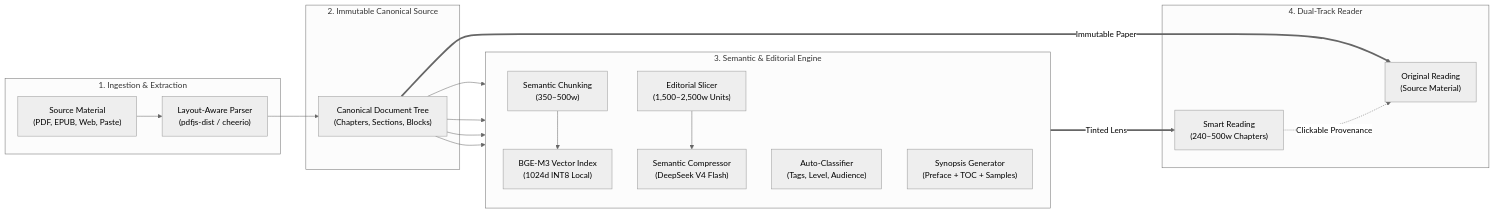
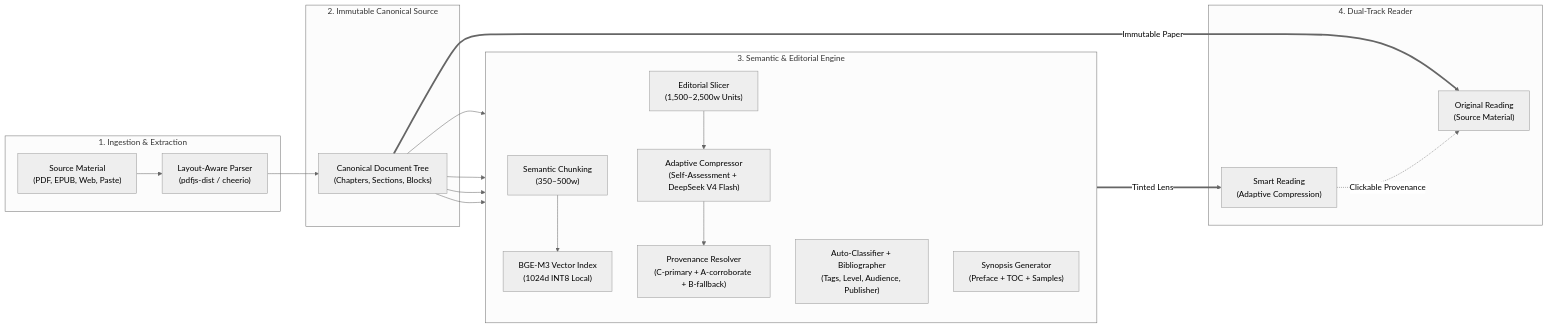
Before and after one commit to avengersvstheflash/Smart-Reader: the diagram in README.md, drawn with Mermaid (neutral theme). The commit also changed other lines of this file and 3 other files, not shown here.

````diff
--- a/README.md
+++ b/README.md
@@ -110,34 +114,35 @@
 ```mermaid
 flowchart LR
     subgraph INGESTION [" 1. Ingestion & Extraction "]
         RawDoc["Source Material\n(PDF, EPUB, Web, Paste)"]
         Parser["Layout-Aware Parser\n(pdfjs-dist / cheerio)"]
         RawDoc --> Parser
     end
 
     subgraph CANONICAL [" 2. Immutable Canonical Source "]
         Canon["Canonical Document Tree\n(Chapters, Sections, Blocks)"]
         Parser --> Canon
     end
 
     subgraph PIPELINE [" 3. Semantic & Editorial Engine "]
         direction TB
         Chunker["Semantic Chunking\n(350–500w)"]
         Embedder["BGE-M3 Vector Index\n(1024d INT8 Local)"]
-        Classifier["Auto-Classifier\n(Tags, Level, Audience)"]
+        Classifier["Auto-Classifier + Bibliographer\n(Tags, Level, Audience, Publisher)"]
         Synopsis["Synopsis Generator\n(Preface + TOC + Samples)"]
         Planner["Editorial Slicer\n(1,500–2,500w Units)"]
-        Compressor["Semantic Compressor\n(DeepSeek V4 Flash)"]
+        Compressor["Adaptive Compressor\n(Self-Assessment + DeepSeek V4 Flash)"]
+        ProvResolver["Provenance Resolver\n(C-primary + A-corroborate + B-fallback)"]
 
         Canon --> Chunker --> Embedder
         Canon --> Classifier
         Canon --> Synopsis
-        Canon --> Planner --> Compressor
+        Canon --> Planner --> Compressor --> ProvResolver
     end
 
     subgraph PRESENTATION [" 4. Dual-Track Reader "]
         Canon ===>|"Immutable Paper"| OrigReading["Original Reading\n(Source Material)"]
-        Compressor ===>|"Tinted Lens"| SmartReading["Smart Reading\n(240–500w Chapters)"]
+        ProvResolver ===>|"Tinted Lens"| SmartReading["Smart Reading\n(Adaptive Compression)"]
         SmartReading -.->|"Clickable Provenance"| OrigReading
     end
 ```
````
